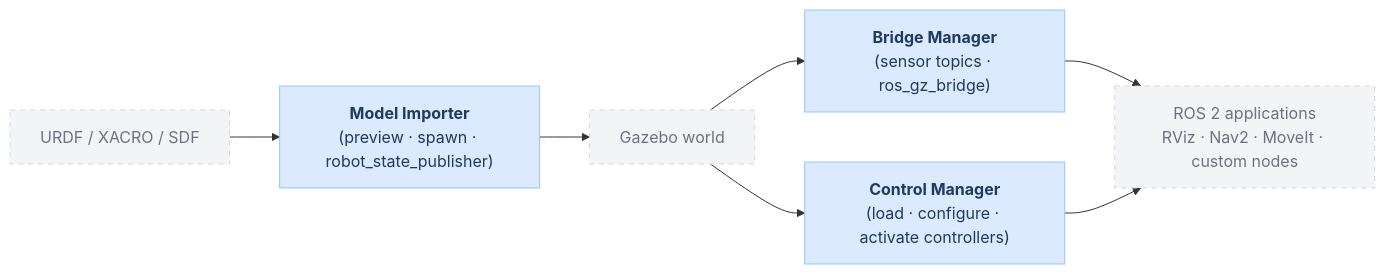
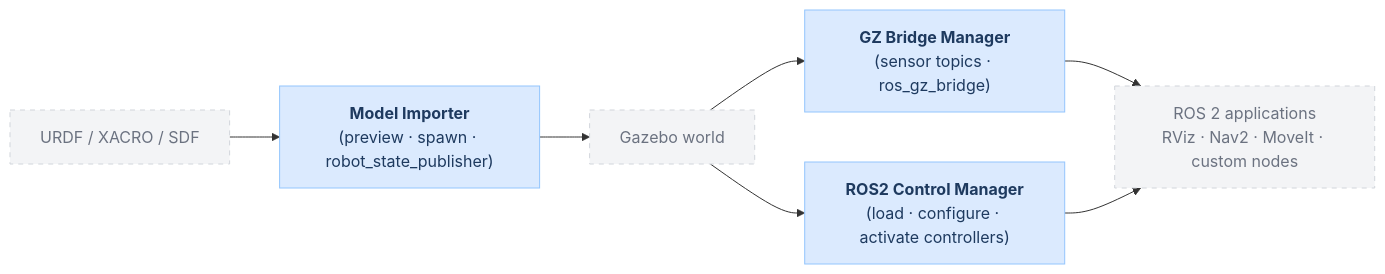
One commit to asoriano1/gz_ros2_control_manager changed the diagram in README.md. Above: the diagram before and after it, drawn with Mermaid. The commit also changed other lines of this file, not shown here.

Commit message:
docs: rename to ROS2 Control Manager, reorder list, highlight own module

````diff
--- a/README.md
+++ b/README.md
@@ -18,18 +16,18 @@
 ```mermaid
 flowchart LR
   A[URDF / XACRO / SDF] --> B["`**Model Importer**
 (preview · spawn · robot_state_publisher)`"]
   B --> C[Gazebo world]
-  C --> D["`**Bridge Manager**
+  C --> D["`**GZ Bridge Manager**
 (sensor topics · ros_gz_bridge)`"]
-  C --> E["`**Control Manager**
+  C --> E["`**ROS2 Control Manager**
 (load · configure · activate controllers)`"]
   D --> F[ROS 2 applications<br/>RViz · Nav2 · MoveIt · custom nodes]
   E --> F
 
   classDef suite fill:#dbeafe,stroke:#93c5fd,color:#1e3a5f
   classDef external fill:#f3f4f6,stroke:#d1d5db,color:#6b7280,stroke-dasharray:5 5
 
   class B,D,E suite
   class A,C,F external
 ```
````
